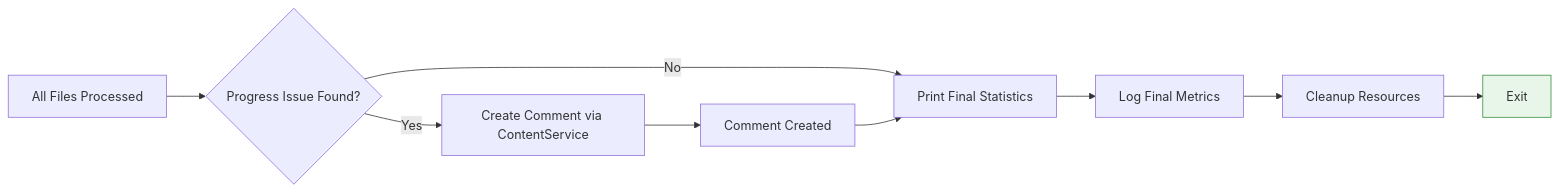
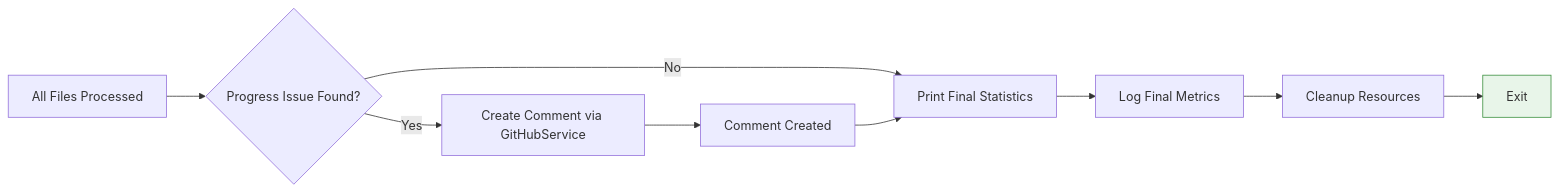
Before and after one commit to NivaldoFarias/translate-react: the seventh of 11 diagrams in docs/WORKFLOW.md, drawn with Mermaid. The commit also changed other lines of this file and 6 other files, not shown here.

First line of the commit message:
docs: align `README.md` and architecture docs with current codebase

````diff
--- a/docs/WORKFLOW.md
+++ b/docs/WORKFLOW.md
@@ -321,15 +321,15 @@
 ```mermaid
 flowchart LR
     A[All Files Processed] --> B{Progress Issue Found?}
-    B -->|Yes| C[Create Comment via ContentService]
+    B -->|Yes| C[Create Comment via GitHubService]
     B -->|No| D[Print Final Statistics]
 
     C --> E[Comment Created]
     E --> D
 
     D --> F[Log Final Metrics]
     F --> G[Cleanup Resources]
     G --> H[Exit]
 
     style H fill:#e8f5e9,stroke:#388e3c
 ```
````
